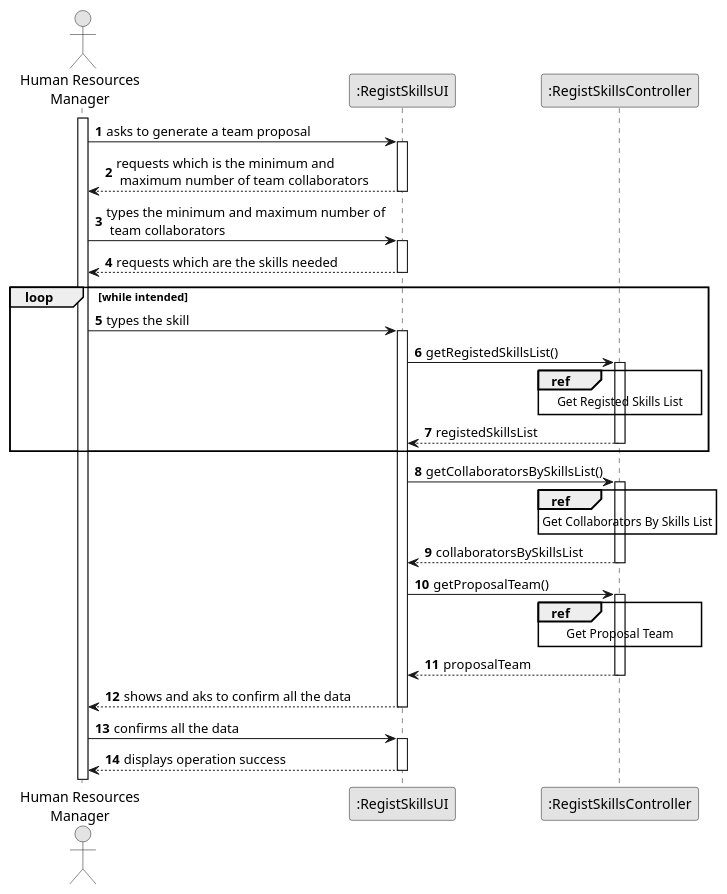
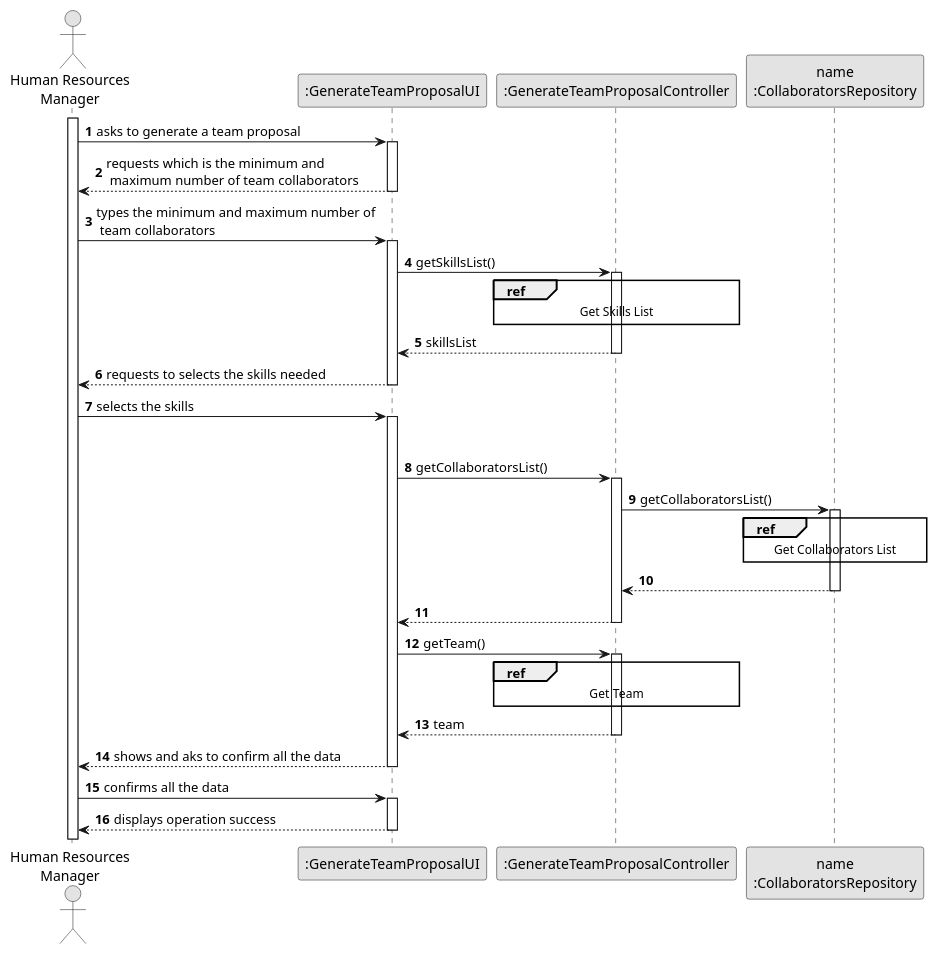
One commit to 1231360-ISEP/lei-24-s2-1db-g021 changed the diagram in docs/sprint2/us005/03.design/puml/us005-sequence-diagram-split.puml. Above: the diagram before and after it, drawn with PlantUML. The commit also changed 16 other files, not shown here.

```diff
--- a/docs/sprint2/us005/03.design/puml/us005-sequence-diagram-split.puml
+++ b/docs/sprint2/us005/03.design/puml/us005-sequence-diagram-split.puml
@@ -1,79 +1,85 @@
 @startuml
 skinparam monochrome true
 skinparam packageStyle rectangle
 skinparam shadowing false
 
 actor "Human Resources\nManager" as HRM
-participant ":RegistSkillsUI" as UI
-participant ":RegistSkillsController" as CTRL
+participant ":GenerateTeamProposalUI" as UI
+participant ":GenerateTeamProposalController" as CTRL
+participant "name\n:CollaboratorsRepository" as CollaboratorsRepository
 
 autonumber 1
 
 activate HRM
 
-    HRM -> UI : asks to generate a team proposal
-        activate UI
+HRM -> UI : asks to generate a team proposal
+    activate UI
 
-    UI --> HRM : requests which is the minimum and\n maximum number of team collaborators
-    deactivate UI
+UI --> HRM : requests which is the minimum and\n maximum number of team collaborators
+deactivate UI
 
 
-    HRM -> UI : types the minimum and maximum number of\n team collaborators
-        activate UI
+HRM -> UI : types the minimum and maximum number of\n team collaborators
+    activate UI
 
-    UI --> HRM : requests which are the skills needed
-    deactivate UI
+UI -> CTRL: getSkillsList()
 
-    loop while intended
-
-            HRM -> UI : types the skill
-        activate UI
-
-            UI -> CTRL: getRegistedSkillsList()
-
-        activate CTRL
-
-        ref over CTRL
-            Get Registed Skills List
-        end ref
-
-        CTRL --> UI : registedSkillsList
-        deactivate CTRL
-
-    deactivate CTRL
-    end
-
-    UI -> CTRL: getCollaboratorsBySkillsList()
-
-    activate CTRL
+activate CTRL
 
     ref over CTRL
-        Get Collaborators By Skills List
+        Get Skills List
     end ref
 
-    CTRL --> UI : collaboratorsBySkillsList
-    deactivate CTRL
+CTRL --> UI : skillsList
+deactivate CTRL
 
-    UI -> CTRL: getProposalTeam()
+UI --> HRM : requests to selects the skills needed
+deactivate UI
 
-    activate CTRL
+    HRM -> UI : selects the skills
+activate UI
 
-    ref over CTRL
-        Get Proposal Team
+deactivate CTRL
+
+UI -> CTRL: getCollaboratorsList()
+
+activate CTRL
+
+    CTRL -> CollaboratorsRepository : getCollaboratorsList()
+activate CollaboratorsRepository
+
+    ref over CollaboratorsRepository
+        Get Collaborators List
     end ref
 
-    CTRL --> UI : proposalTeam
-    deactivate CTRL
+
+CollaboratorsRepository --> CTRL:
+deactivate CollaboratorsRepository
 
 
-    UI --> HRM : shows and aks to confirm all the data
-    deactivate UI
+CTRL --> UI :
+deactivate CTRL
 
-    HRM -> UI : confirms all the data
-    activate UI
+UI -> CTRL: getTeam()
 
-    UI --> HRM : displays operation success
-    deactivate UI
+activate CTRL
+
+ref over CTRL
+    Get Team
+end ref
+
+
+CTRL --> UI : team
+deactivate CTRL
+
+UI --> HRM : shows and aks to confirm all the data
+deactivate UI
+
+HRM -> UI : confirms all the data
+activate UI
+
+UI --> HRM : displays operation success
+deactivate UI
 
 
 @enduml
```
